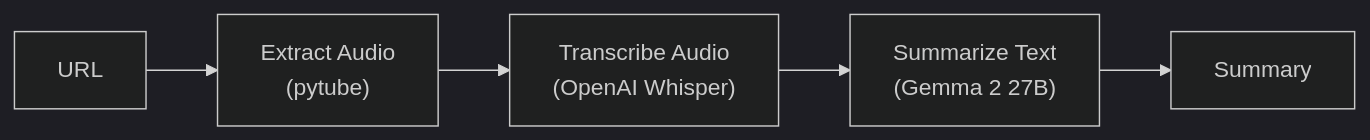
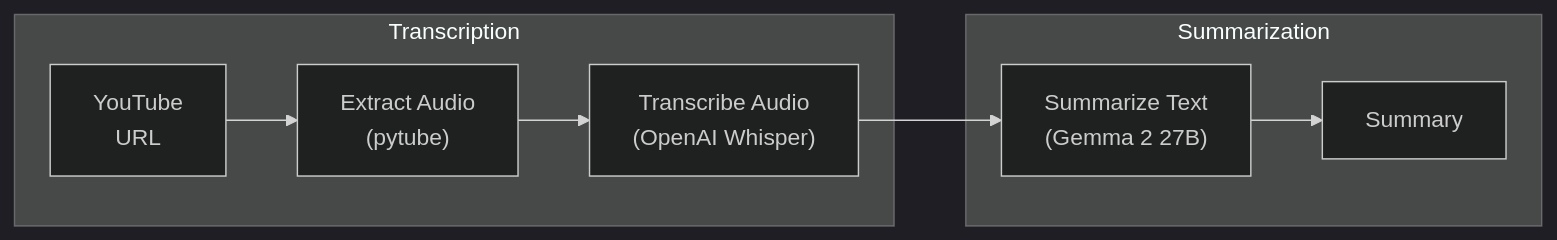
One commit to lfenzo/lfenzo.github.io changed the diagram in content/projects/deep-learning/summarization-suite/poc-video-summarization.md. Above: the diagram before and after it, drawn with Mermaid (dark theme). The commit also changed other lines of this file and 2 other files, not shown here.

Commit message:
Final pass in the poc-video-summarization project

````diff
--- a/content/projects/deep-learning/summarization-suite/poc-video-summarization.md
+++ b/content/projects/deep-learning/summarization-suite/poc-video-summarization.md
@@ -42,7 +31,11 @@
 ```mermaid
-graph LR
-    Z[URL] --> A
-    A["Extract Audio<br>(pytube)"] --> B["Transcribe Audio<br>(OpenAI Whisper)"]
-    B --> C["Summarize Text<br>(Gemma 2 27B)"]
-	C --> D[Summary]
+flowchart LR
+    subgraph Transcription
+        Z["YouTube<br>URL"] --> A
+        A["Extract Audio<br>(pytube)"] --> B["Transcribe Audio<br>(OpenAI Whisper)"]
+    end
+    subgraph Summarization
+        B --> C["Summarize Text<br>(Gemma 2 27B)"]
+        C --> D[Summary]
+    end
 ```
````
